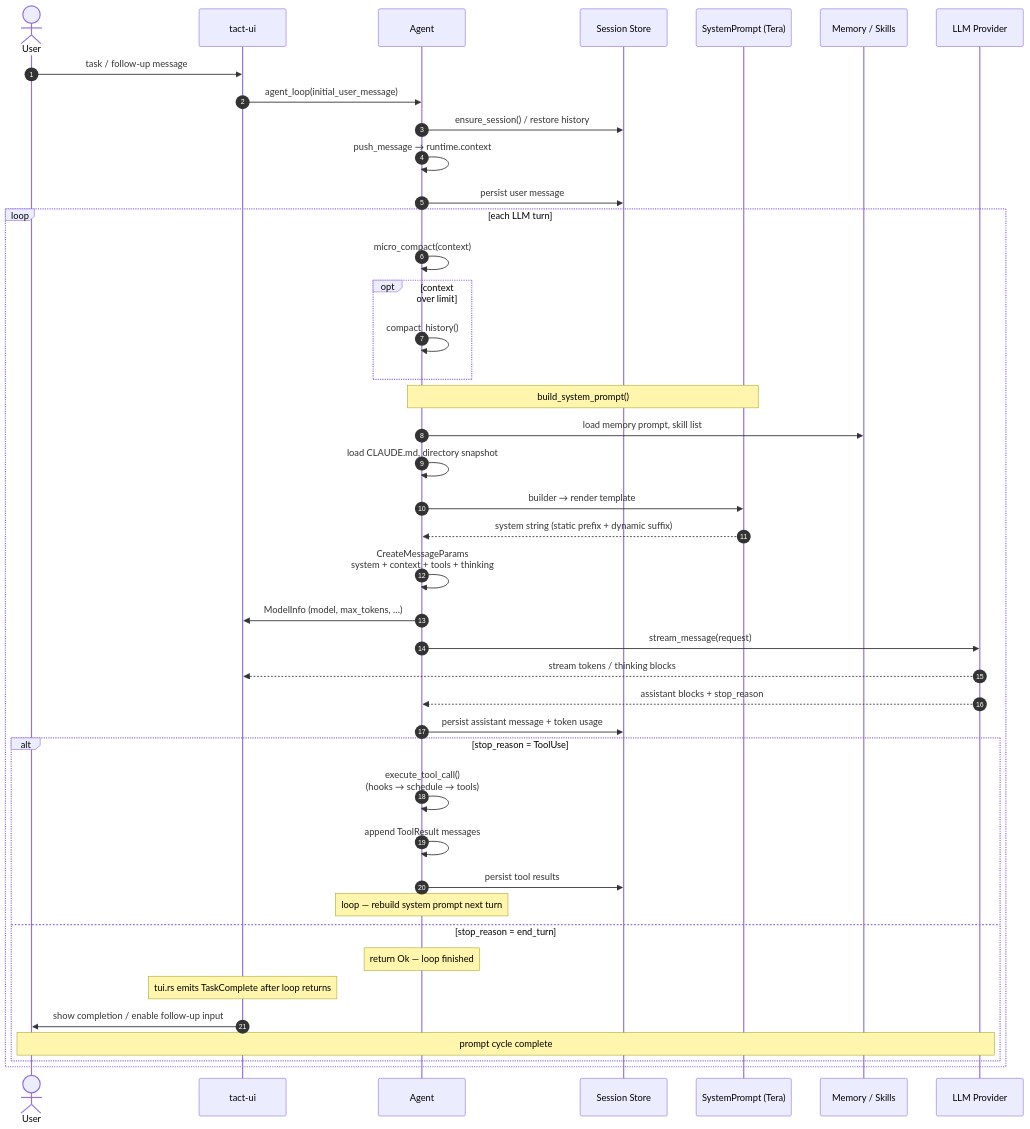
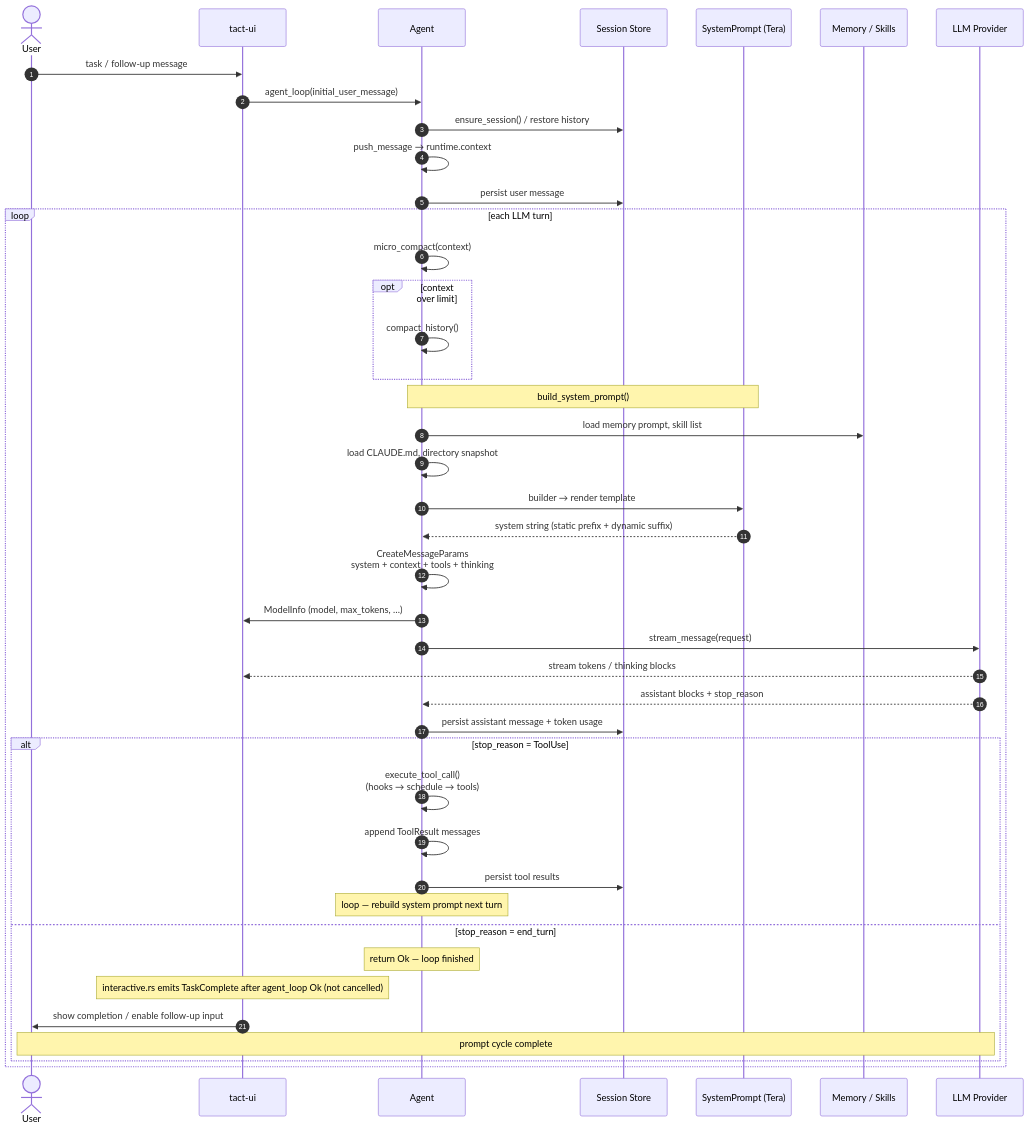
One commit to rust-infra/tact changed the second of 2 diagrams in book/index.md. Above: the diagram before and after it, drawn with Mermaid. The commit also changed 18 other files, not shown here.

````diff
--- a/book/index.md
+++ b/book/index.md
@@ -61,52 +61,52 @@
 ```mermaid
 sequenceDiagram
     autonumber
     actor User
     participant TUI as tact-ui
     participant Agent as Agent
     participant Store as Session Store
     participant Prompt as SystemPrompt (Tera)
     participant Memory as Memory / Skills
     participant LLM as LLM Provider
 
     User->>TUI: task / follow-up message
     TUI->>Agent: agent_loop(initial_user_message)
 
     Agent->>Store: ensure_session() / restore history
     Agent->>Agent: push_message → runtime.context
     Agent->>Store: persist user message
 
     loop each LLM turn
         Agent->>Agent: micro_compact(context)
         opt context over limit
             Agent->>Agent: compact_history()
         end
 
         Note over Agent,Prompt: build_system_prompt()
         Agent->>Memory: load memory prompt, skill list
         Agent->>Agent: load CLAUDE.md, directory snapshot
         Agent->>Prompt: builder → render template
         Prompt-->>Agent: system string (static prefix + dynamic suffix)
 
         Agent->>Agent: CreateMessageParams<br/>system + context + tools + thinking
         Agent->>TUI: ModelInfo (model, max_tokens, …)
 
         Agent->>LLM: stream_message(request)
         LLM-->>TUI: stream tokens / thinking blocks
         LLM-->>Agent: assistant blocks + stop_reason
 
         Agent->>Store: persist assistant message + token usage
 
         alt stop_reason = ToolUse
             Agent->>Agent: execute_tool_call()<br/>(hooks → schedule → tools)
             Agent->>Agent: append ToolResult messages
             Agent->>Store: persist tool results
             Note over Agent: loop — rebuild system prompt next turn
         else stop_reason = end_turn
             Note over Agent: return Ok — loop finished
-            Note over TUI: tui.rs emits TaskComplete after loop returns
+            Note over TUI: interactive.rs emits TaskComplete after agent_loop Ok (not cancelled)
             TUI->>User: show completion / enable follow-up input
             Note over User,LLM: prompt cycle complete
         end
     end
 ```
````
